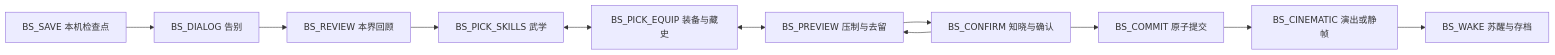
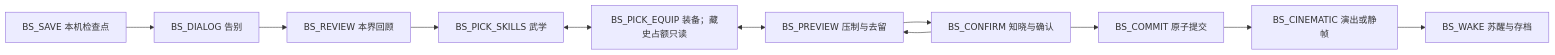
The second of 2 diagrams in docs/design/14-ui-ux-mobile.md (radarxc/jinyongqunxia), drawn with Mermaid before and after one commit. The commit also changed other lines of this file and 1 other file, not shown here.

First line of the commit message:
agents(B5.R): 审校 · 14 手机端 UI/UX（≥ 8 张线框图，含书眠携带界面）

````diff
--- a/docs/design/14-ui-ux-mobile.md
+++ b/docs/design/14-ui-ux-mobile.md
@@ -789,13 +792,13 @@
 ```mermaid
 flowchart LR
   S[BS_SAVE 本机检查点] --> D[BS_DIALOG 告别]
   D --> R[BS_REVIEW 本界回顾]
   R --> K[BS_PICK_SKILLS 武学]
-  K <--> E[BS_PICK_EQUIP 装备与藏史]
+  K <--> E[BS_PICK_EQUIP 装备；藏史占额只读]
   E <--> P[BS_PREVIEW 压制与去留]
   P --> C[BS_CONFIRM 知晓与确认]
   C --> M[BS_COMMIT 原子提交]
   M --> V[BS_CINEMATIC 演出或静帧]
   V --> W[BS_WAKE 苏醒与存档]
   C --> P
 ```
````
